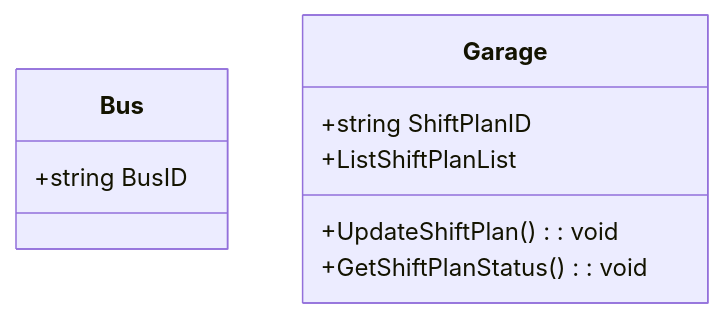
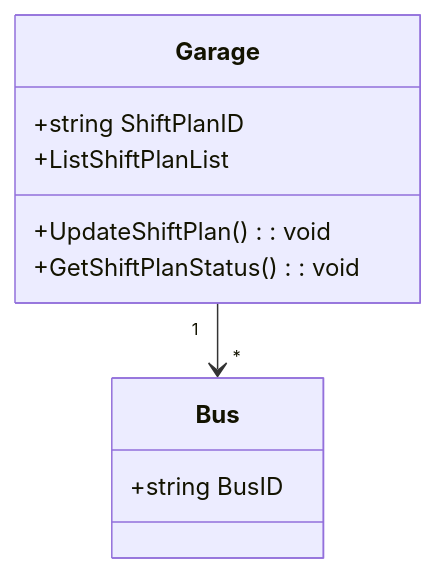
The diagram in Dokumentation/Iteration 2/Use Case 5/DCD.mmd (Team-14-pa-UCL/Getting-Real2), drawn with Mermaid before and after one commit. The commit also changed 1 other file, not shown here.

```diff
--- a/Dokumentation/Iteration 2/Use Case 5/DCD.mmd
+++ b/Dokumentation/Iteration 2/Use Case 5/DCD.mmd
@@ -1,11 +1,13 @@
 classDiagram
 	class Bus {
 		+string BusID	
 	}
 
 	class Garage {		
 		+string ShiftPlanID	
 		+List<Garage>ShiftPlanList
 		+UpdateShiftPlan() : void
 		+GetShiftPlanStatus() : void
 	}
+
+	Garage "1" --> "*" Bus
```
